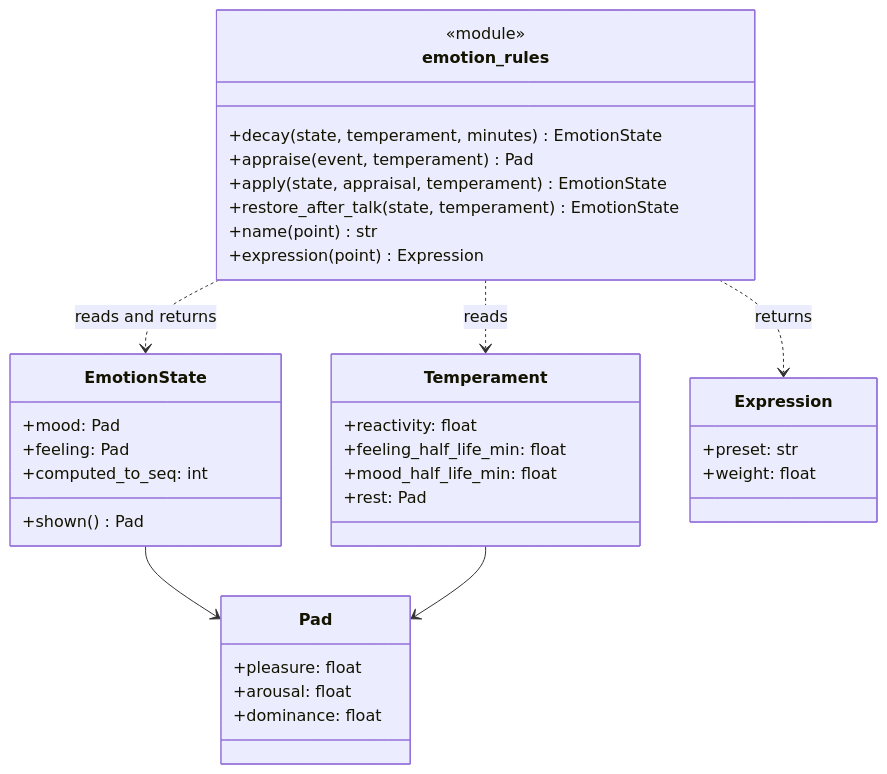
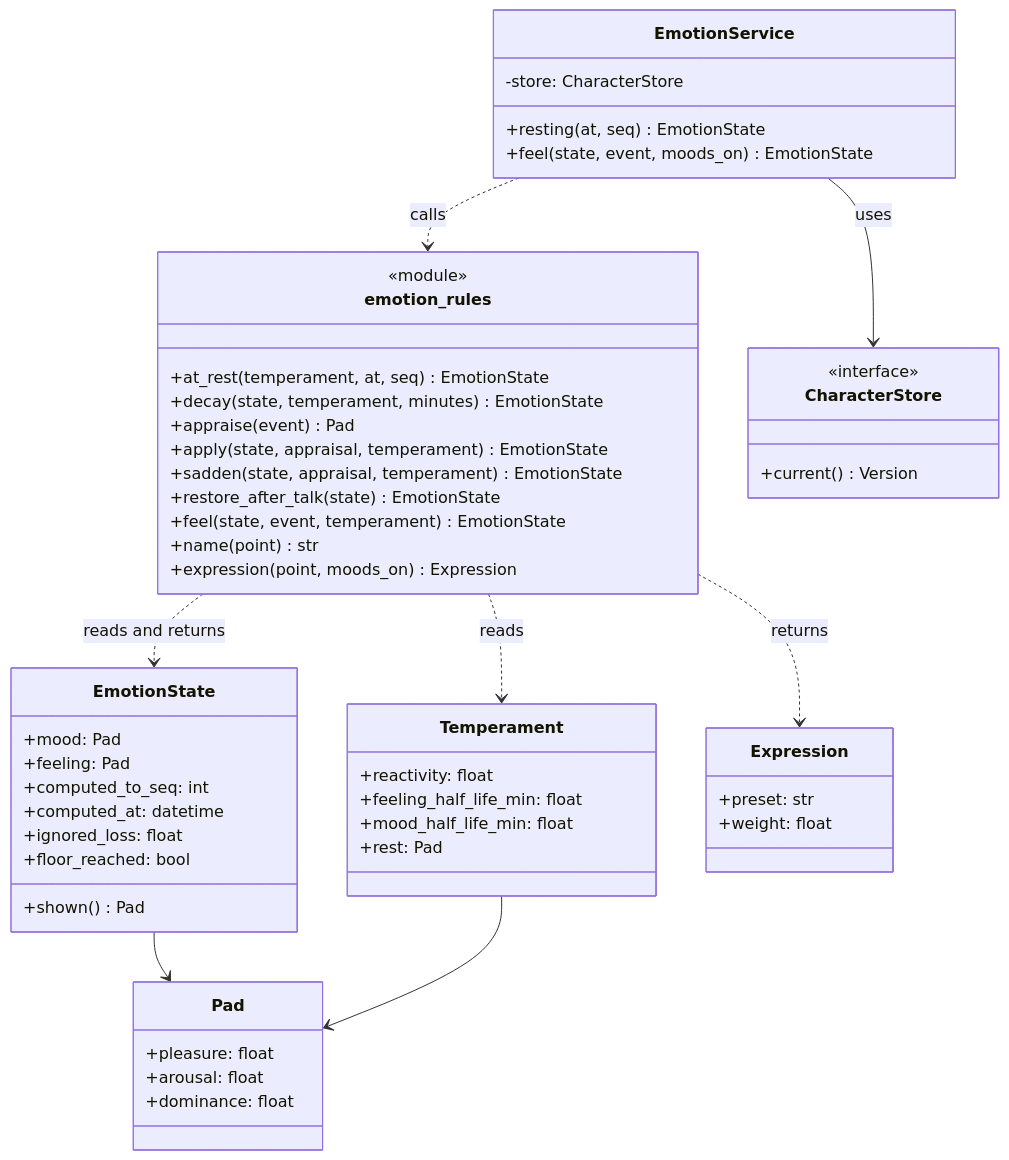
Before and after one commit to NguyenVu04/cognia: the sixth of 45 diagrams in docs/architecture/ARCHITECTURE.md, drawn with Mermaid. The commit also changed other lines of this file, not shown here.

Commit message:
docs(architecture): describe the character and emotion modules

````diff
--- a/docs/architecture/ARCHITECTURE.md
+++ b/docs/architecture/ARCHITECTURE.md
@@ -614,43 +615,62 @@
 ```mermaid
 classDiagram
     class EmotionState {
         +mood: Pad
         +feeling: Pad
         +computed_to_seq: int
+        +computed_at: datetime
+        +ignored_loss: float
+        +floor_reached: bool
         +shown() Pad
     }
 
     class Pad {
         +pleasure: float
         +arousal: float
         +dominance: float
     }
 
     class Temperament {
         +reactivity: float
         +feeling_half_life_min: float
         +mood_half_life_min: float
         +rest: Pad
     }
 
     class emotion_rules {
         <<module>>
+        +at_rest(temperament, at, seq) EmotionState
         +decay(state, temperament, minutes) EmotionState
-        +appraise(event, temperament) Pad
+        +appraise(event) Pad
         +apply(state, appraisal, temperament) EmotionState
-        +restore_after_talk(state, temperament) EmotionState
+        +sadden(state, appraisal, temperament) EmotionState
+        +restore_after_talk(state) EmotionState
+        +feel(state, event, temperament) EmotionState
         +name(point) str
-        +expression(point) Expression
+        +expression(point, moods_on) Expression
     }
 
     class Expression {
         +preset: str
         +weight: float
     }
 
+    class EmotionService {
+        -store: CharacterStore
+        +resting(at, seq) EmotionState
+        +feel(state, event, moods_on) EmotionState
+    }
+
+    class CharacterStore {
+        <<interface>>
+        +current() Version
+    }
+
     EmotionState --> Pad
     Temperament --> Pad
+    EmotionService --> CharacterStore : uses
+    EmotionService ..> emotion_rules : calls
     emotion_rules ..> EmotionState : reads and returns
     emotion_rules ..> Temperament : reads
     emotion_rules ..> Expression : returns
 ```
````
